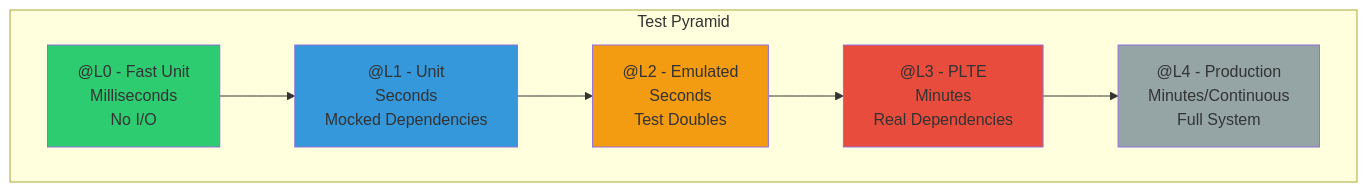
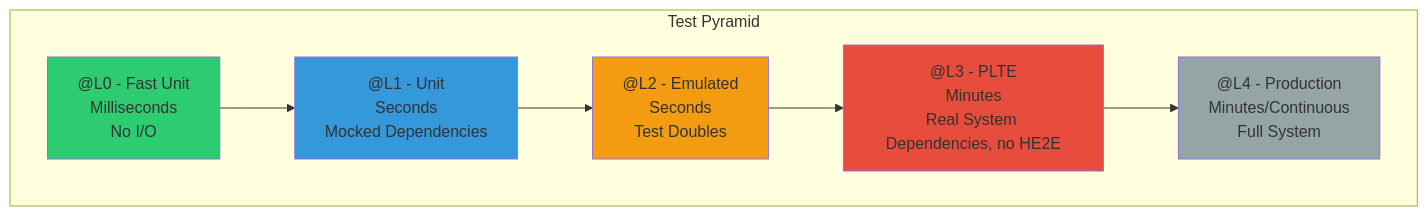
Before and after one commit to ready-to-release/eac: the first of 2 diagrams in docs/explanation/specifications/taxonomy/test-levels.md, drawn with Mermaid. The commit also changed other lines of this file and 66 other files, not shown here.

````diff
--- a/docs/explanation/specifications/taxonomy/test-levels.md
+++ b/docs/explanation/specifications/taxonomy/test-levels.md
@@ -13,21 +13,21 @@
 ```mermaid
 graph TD
     subgraph "Test Pyramid"
         L4["@L4 - Production<br/>Minutes/Continuous<br/>Full System"]
-        L3["@L3 - PLTE<br/>Minutes<br/>Real Dependencies"]
+        L3["@L3 - PLTE<br/>Minutes<br/>Real System Dependencies, no HE2E"]
         L2["@L2 - Emulated<br/>Seconds<br/>Test Doubles"]
         L1["@L1 - Unit<br/>Seconds<br/>Mocked Dependencies"]
         L0["@L0 - Fast Unit<br/>Milliseconds<br/>No I/O"]
     end
 
     L0 --> L1
     L1 --> L2
     L2 --> L3
     L3 --> L4
 
     style L0 fill:#2ecc71
     style L1 fill:#3498db
     style L2 fill:#f39c12
     style L3 fill:#e74c3c
     style L4 fill:#95a5a6
 ```
````
